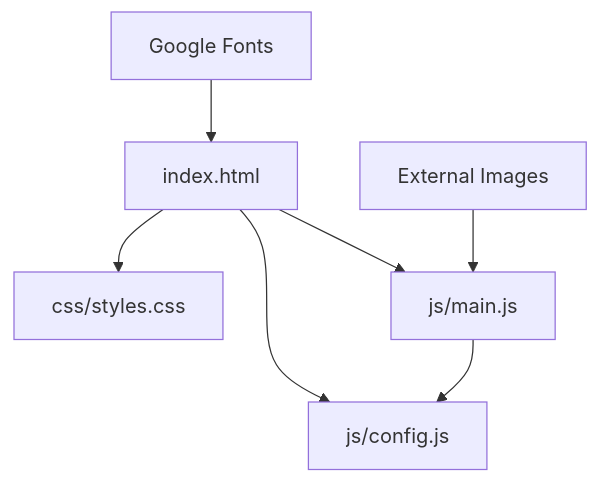
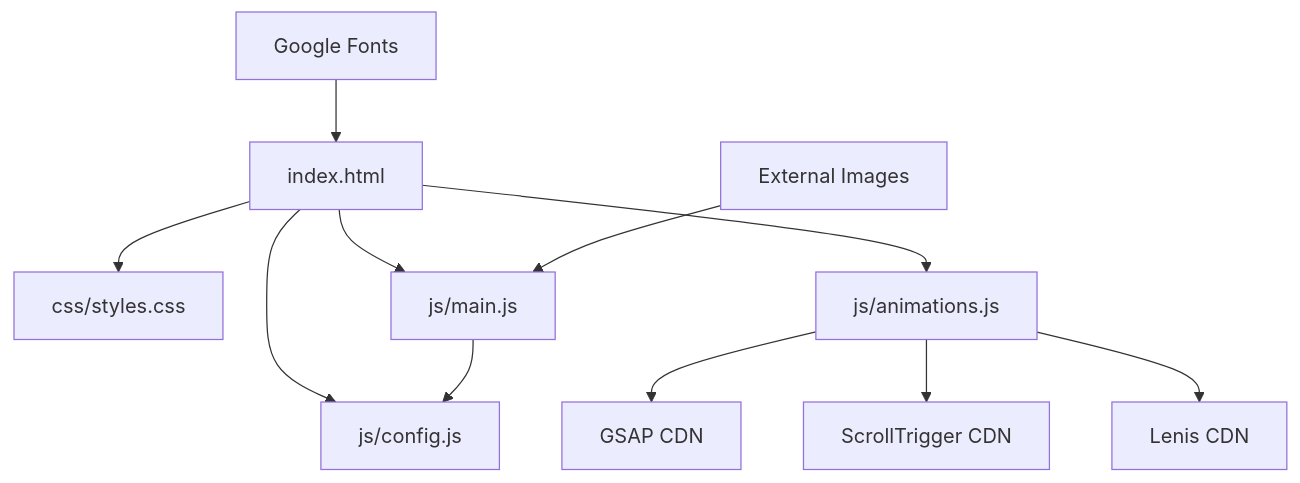
One commit to Moses-Harding/mosesharding.com changed the diagram in Documentation/Architecture/File_Directory.md. Above: the diagram before and after it, drawn with Mermaid. The commit also changed other lines of this file and 7 other files, not shown here.

First line of the commit message:
Implement comprehensive animation system with GSAP and Lenis smooth scroll

````diff
--- a/Documentation/Architecture/File_Directory.md
+++ b/Documentation/Architecture/File_Directory.md
@@ -107,9 +123,13 @@
 ```mermaid
 graph TD
     A[index.html] --> B[css/styles.css]
     A --> C[js/config.js]
     A --> D[js/main.js]
+    A --> E[js/animations.js]
     D --> C
-    E[Google Fonts] --> A
-    F[External Images] --> D
+    E --> F[GSAP CDN]
+    E --> G[ScrollTrigger CDN]
+    E --> H[Lenis CDN]
+    I[Google Fonts] --> A
+    J[External Images] --> D
 ```
````
